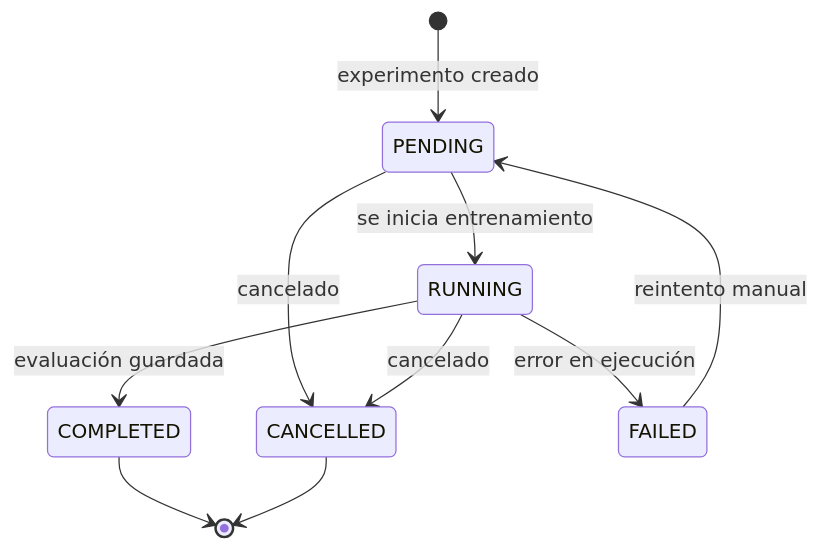
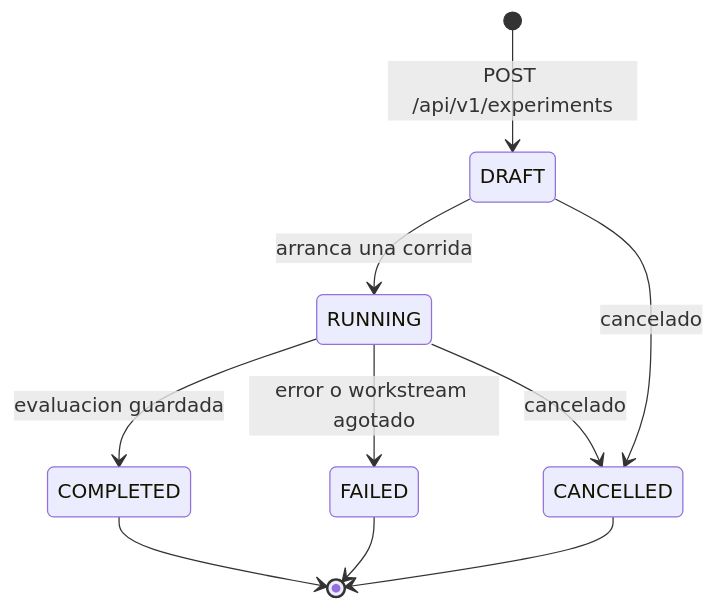
Before and after one commit to AyLZz17/SistemaPrediccionCrypto-XMRMonero: the seventh of 7 diagrams in docs/04_diagramas.md, drawn with Mermaid. The commit also changed other lines of this file and 85 other files, not shown here.

````diff
--- a/docs/04_diagramas.md
+++ b/docs/04_diagramas.md
@@ -339,12 +404,12 @@
 ```mermaid
 stateDiagram-v2
-    [*] --> PENDING : experimento creado
-    PENDING --> RUNNING : se inicia entrenamiento
-    PENDING --> CANCELLED : cancelado
-    RUNNING --> COMPLETED : evaluación guardada
-    RUNNING --> FAILED : error en ejecución
-    RUNNING --> CANCELLED : cancelado
-    FAILED --> PENDING : reintento manual
+    [*] --> DRAFT: POST /api/v1/experiments
+    DRAFT --> RUNNING: arranca una corrida
+    RUNNING --> COMPLETED: evaluacion guardada
+    RUNNING --> FAILED: error o workstream agotado
+    RUNNING --> CANCELLED: cancelado
+    DRAFT --> CANCELLED: cancelado
     COMPLETED --> [*]
+    FAILED --> [*]
     CANCELLED --> [*]
 ```
````
